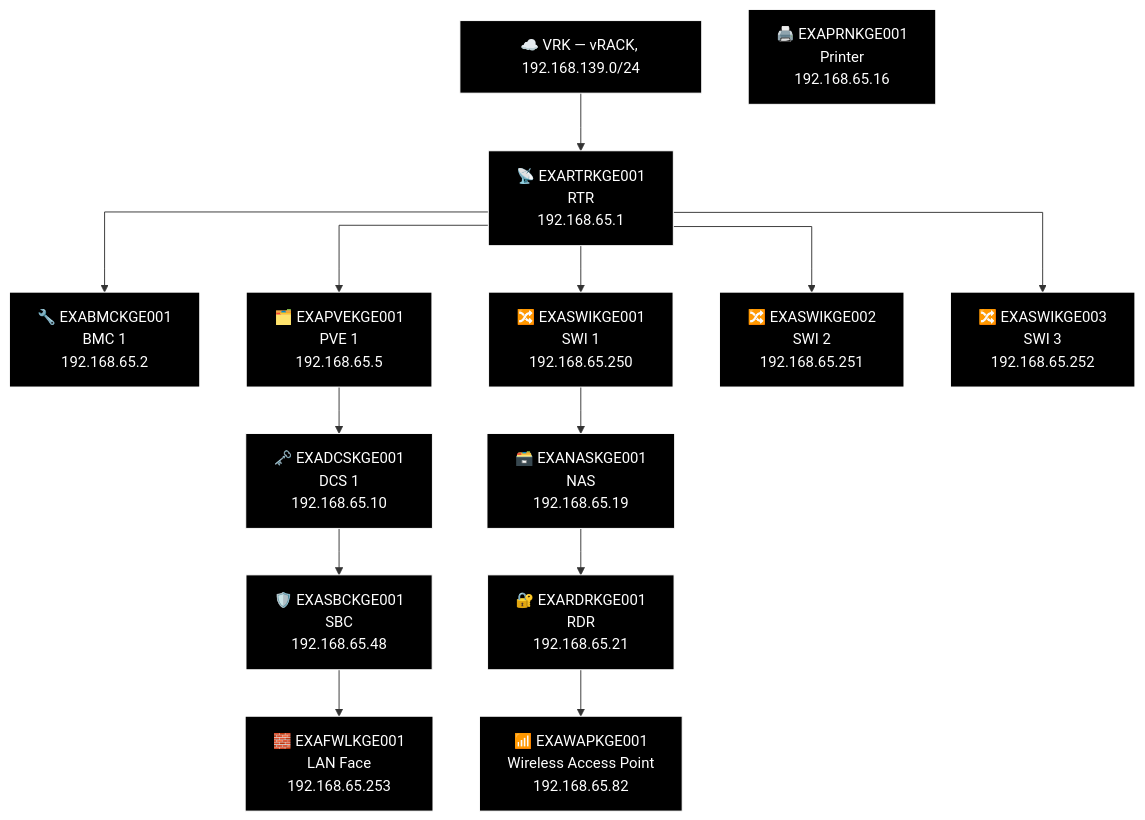
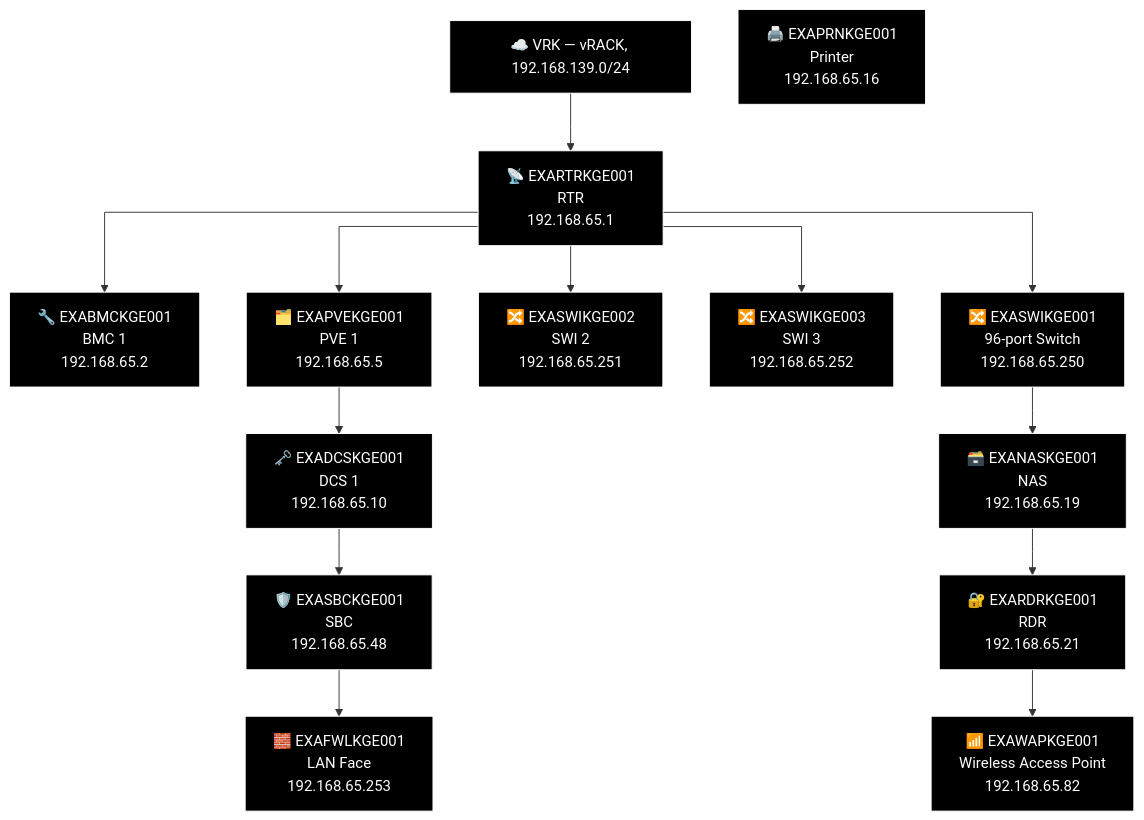
The eighth of 23 diagrams in docs/network-diagram/danmark.md (knightmare2600/example_music_infra), drawn with Mermaid before and after one commit. The commit also changed other lines of this file and 20 other files, not shown here.

````diff
--- a/docs/network-diagram/danmark.md
+++ b/docs/network-diagram/danmark.md
@@ -398,42 +398,42 @@
 ```mermaid
 %% GENERATED:TOPOLOGY:KGE:START
 %%{init: {'flowchart': {'curve': 'stepAfter'}}}%%
 graph TD
     T_VRK["☁️ VRK — vRACK, 192.168.139.0/24"]
     T_RTR["📡 EXARTRKGE001<br/>RTR<br/>192.168.65.1"]
     T_VRK --> T_RTR
     T_BMC["🔧 EXABMCKGE001<br/>BMC 1<br/>192.168.65.2"]
     T_RTR --> T_BMC
     T_PVE["🗂️ EXAPVEKGE001<br/>PVE 1<br/>192.168.65.5"]
     T_RTR --> T_PVE
-    T_SWI["🔀 EXASWIKGE001<br/>SWI 1<br/>192.168.65.250"]
+    T_SWI["🔀 EXASWIKGE002<br/>SWI 2<br/>192.168.65.251"]
     T_RTR --> T_SWI
-    T_SWI2["🔀 EXASWIKGE002<br/>SWI 2<br/>192.168.65.251"]
+    T_SWI2["🔀 EXASWIKGE003<br/>SWI 3<br/>192.168.65.252"]
     T_RTR --> T_SWI2
-    T_SWI3["🔀 EXASWIKGE003<br/>SWI 3<br/>192.168.65.252"]
+    T_SWI3["🔀 EXASWIKGE001<br/>96-port Switch<br/>192.168.65.250"]
     T_RTR --> T_SWI3
     T_NAS["🗃️ EXANASKGE001<br/>NAS<br/>192.168.65.19"]
     T_RDR["🔐 EXARDRKGE001<br/>RDR<br/>192.168.65.21"]
     T_WAP["📶 EXAWAPKGE001<br/>Wireless Access Point<br/>192.168.65.82"]
-    T_SWI --> T_NAS --> T_RDR --> T_WAP
+    T_SWI3 --> T_NAS --> T_RDR --> T_WAP
     T_DCS["🗝️ EXADCSKGE001<br/>DCS 1<br/>192.168.65.10"]
     T_SBC["🛡️ EXASBCKGE001<br/>SBC<br/>192.168.65.48"]
     T_FWL["🧱 EXAFWLKGE001<br/>LAN Face<br/>192.168.65.253"]
     T_PVE --> T_DCS --> T_SBC --> T_FWL
     T_PRN["🖨️ EXAPRNKGE001<br/>Printer<br/>192.168.65.16"]
     style T_VRK fill:#000000,stroke:#FFFFFF,color:#FFFFFF
     style T_RTR fill:#000000,stroke:#FFFFFF,color:#FFFFFF
     style T_BMC fill:#000000,stroke:#FFFFFF,color:#FFFFFF
     style T_PVE fill:#000000,stroke:#FFFFFF,color:#FFFFFF
     style T_SWI fill:#000000,stroke:#FFFFFF,color:#FFFFFF
     style T_SWI2 fill:#000000,stroke:#FFFFFF,color:#FFFFFF
     style T_SWI3 fill:#000000,stroke:#FFFFFF,color:#FFFFFF
     style T_NAS fill:#000000,stroke:#FFFFFF,color:#FFFFFF
     style T_RDR fill:#000000,stroke:#FFFFFF,color:#FFFFFF
     style T_WAP fill:#000000,stroke:#FFFFFF,color:#FFFFFF
     style T_DCS fill:#000000,stroke:#FFFFFF,color:#FFFFFF
     style T_SBC fill:#000000,stroke:#FFFFFF,color:#FFFFFF
     style T_FWL fill:#000000,stroke:#FFFFFF,color:#FFFFFF
     style T_PRN fill:#000000,stroke:#FFFFFF,color:#FFFFFF
 %% GENERATED:TOPOLOGY:KGE:END
 ```
````
